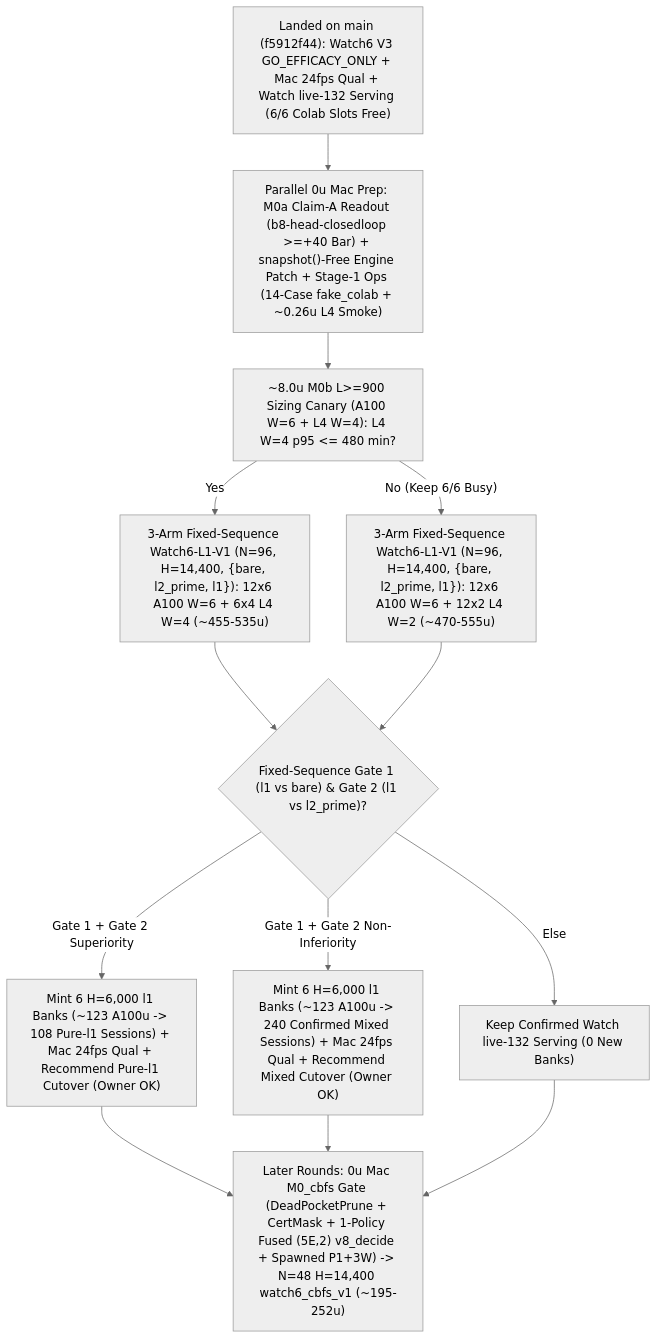
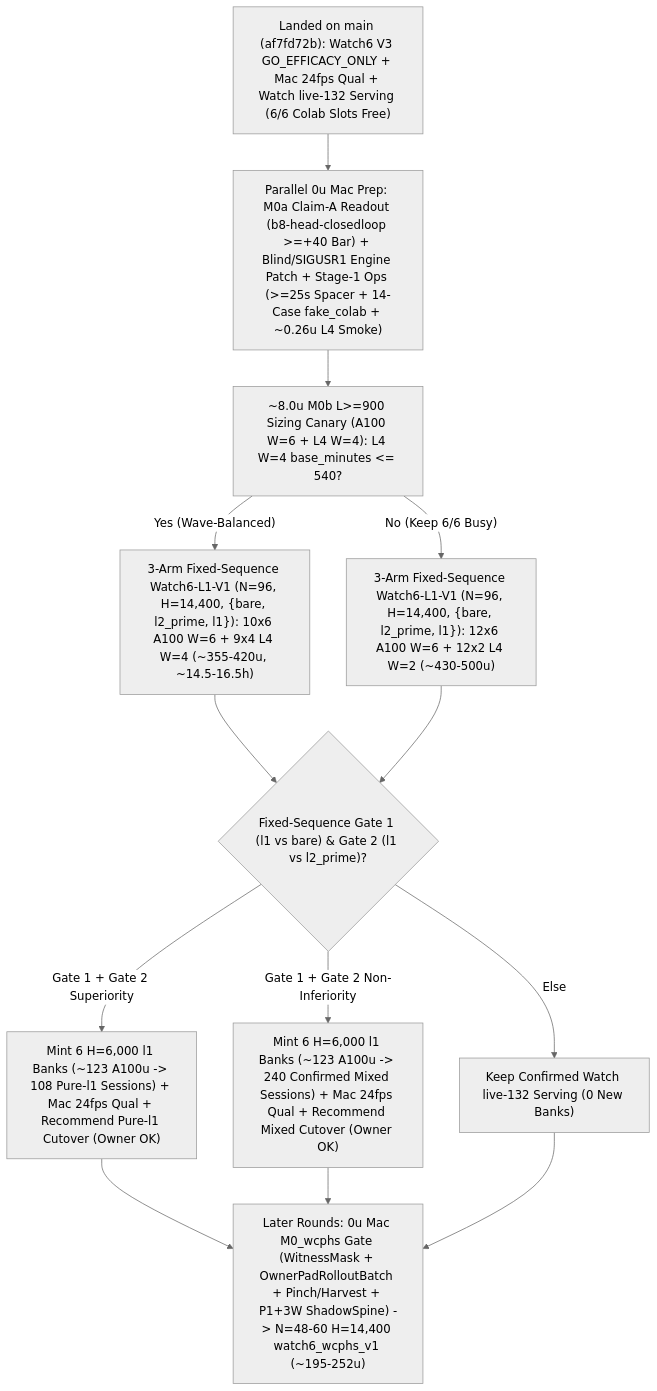
One commit to josenunezwork/snake-dqn changed the diagram in docs/research/ROADMAP.md. Above: the diagram before and after it, drawn with Mermaid (neutral theme). The commit also changed other lines of this file, not shown here.

Commit message:
docs(roadmap): fold in round-18 synthesis as current and later-round advice

````diff
--- a/docs/research/ROADMAP.md
+++ b/docs/research/ROADMAP.md
@@ -95,15 +98,15 @@
 ```mermaid
 flowchart TD
-    LIVE["Landed on main (f5912f44): Watch6 V3 GO_EFFICACY_ONLY + Mac 24fps Qual + Watch live-132 Serving (6/6 Colab Slots Free)"] --> PREP["Parallel 0u Mac Prep: M0a Claim-A Readout (b8-head-closedloop >=+40 Bar) + snapshot()-Free Engine Patch + Stage-1 Ops (14-Case fake_colab + ~0.26u L4 Smoke)"]
-    PREP --> M0B["~8.0u M0b L>=900 Sizing Canary (A100 W=6 + L4 W=4): L4 W=4 p95 <= 480 min?"]
-    M0B -- "Yes" --> V1A["3-Arm Fixed-Sequence Watch6-L1-V1 (N=96, H=14,400, {bare, l2_prime, l1}): 12x6 A100 W=6 + 6x4 L4 W=4 (~455-535u)"]
-    M0B -- "No (Keep 6/6 Busy)" --> V1B["3-Arm Fixed-Sequence Watch6-L1-V1 (N=96, H=14,400, {bare, l2_prime, l1}): 12x6 A100 W=6 + 12x2 L4 W=2 (~470-555u)"]
+    LIVE["Landed on main (af7fd72b): Watch6 V3 GO_EFFICACY_ONLY + Mac 24fps Qual + Watch live-132 Serving (6/6 Colab Slots Free)"] --> PREP["Parallel 0u Mac Prep: M0a Claim-A Readout (b8-head-closedloop >=+40 Bar) + Blind/SIGUSR1 Engine Patch + Stage-1 Ops (>=25s Spacer + 14-Case fake_colab + ~0.26u L4 Smoke)"]
+    PREP --> M0B["~8.0u M0b L>=900 Sizing Canary (A100 W=6 + L4 W=4): L4 W=4 base_minutes <= 540?"]
+    M0B -- "Yes (Wave-Balanced)" --> V1A["3-Arm Fixed-Sequence Watch6-L1-V1 (N=96, H=14,400, {bare, l2_prime, l1}): 10x6 A100 W=6 + 9x4 L4 W=4 (~355-420u, ~14.5-16.5h)"]
+    M0B -- "No (Keep 6/6 Busy)" --> V1B["3-Arm Fixed-Sequence Watch6-L1-V1 (N=96, H=14,400, {bare, l2_prime, l1}): 12x6 A100 W=6 + 12x2 L4 W=2 (~430-500u)"]
     V1A --> GATES{"Fixed-Sequence Gate 1 (l1 vs bare) & Gate 2 (l1 vs l2_prime)?"}
     V1B --> GATES
     GATES -- "Gate 1 + Gate 2 Superiority" --> SUP["Mint 6 H=6,000 l1 Banks (~123 A100u -> 108 Pure-l1 Sessions) + Mac 24fps Qual + Recommend Pure-l1 Cutover (Owner OK)"]
     GATES -- "Gate 1 + Gate 2 Non-Inferiority" --> NI["Mint 6 H=6,000 l1 Banks (~123 A100u -> 240 Confirmed Mixed Sessions) + Mac 24fps Qual + Recommend Mixed Cutover (Owner OK)"]
     GATES -- "Else" --> KEEP["Keep Confirmed Watch live-132 Serving (0 New Banks)"]
-    SUP --> LATER["Later Rounds: 0u Mac M0_cbfs Gate (DeadPocketPrune + CertMask + 1-Policy Fused (5E,2) v8_decide + Spawned P1+3W) -> N=48 H=14,400 watch6_cbfs_v1 (~195-252u)"]
+    SUP --> LATER["Later Rounds: 0u Mac M0_wcphs Gate (WitnessMask + OwnerPadRolloutBatch + Pinch/Harvest + P1+3W ShadowSpine) -> N=48-60 H=14,400 watch6_wcphs_v1 (~195-252u)"]
     NI --> LATER
     KEEP --> LATER
 ```
````
